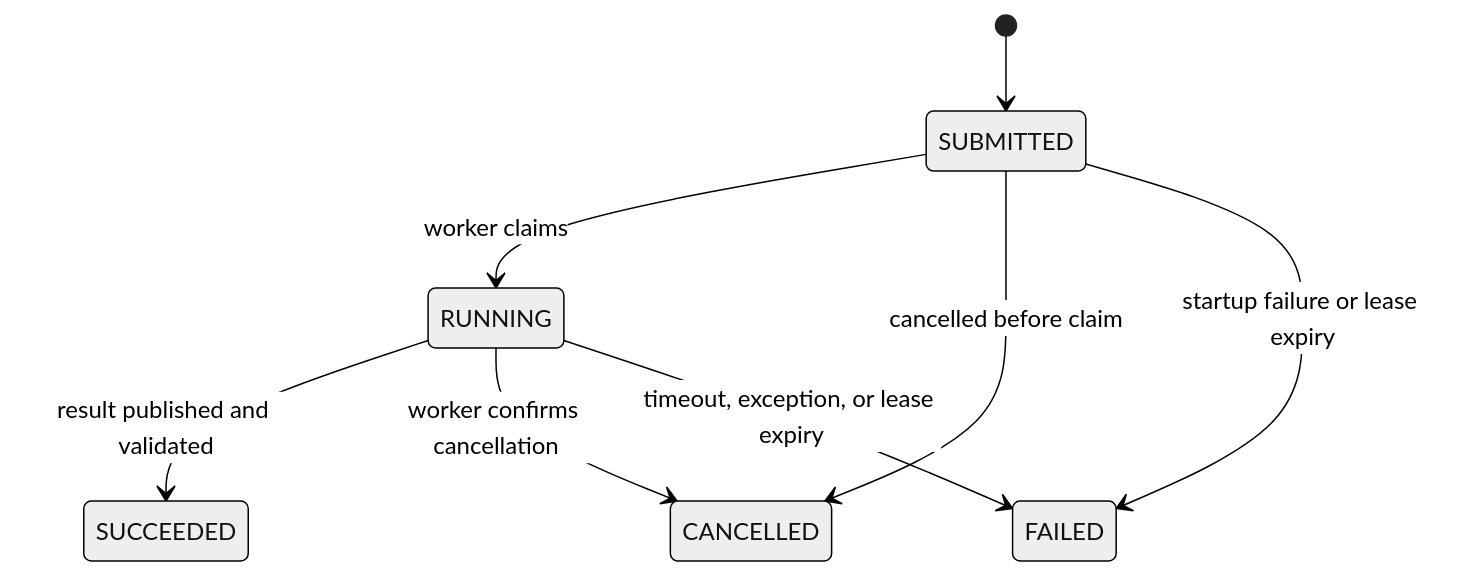
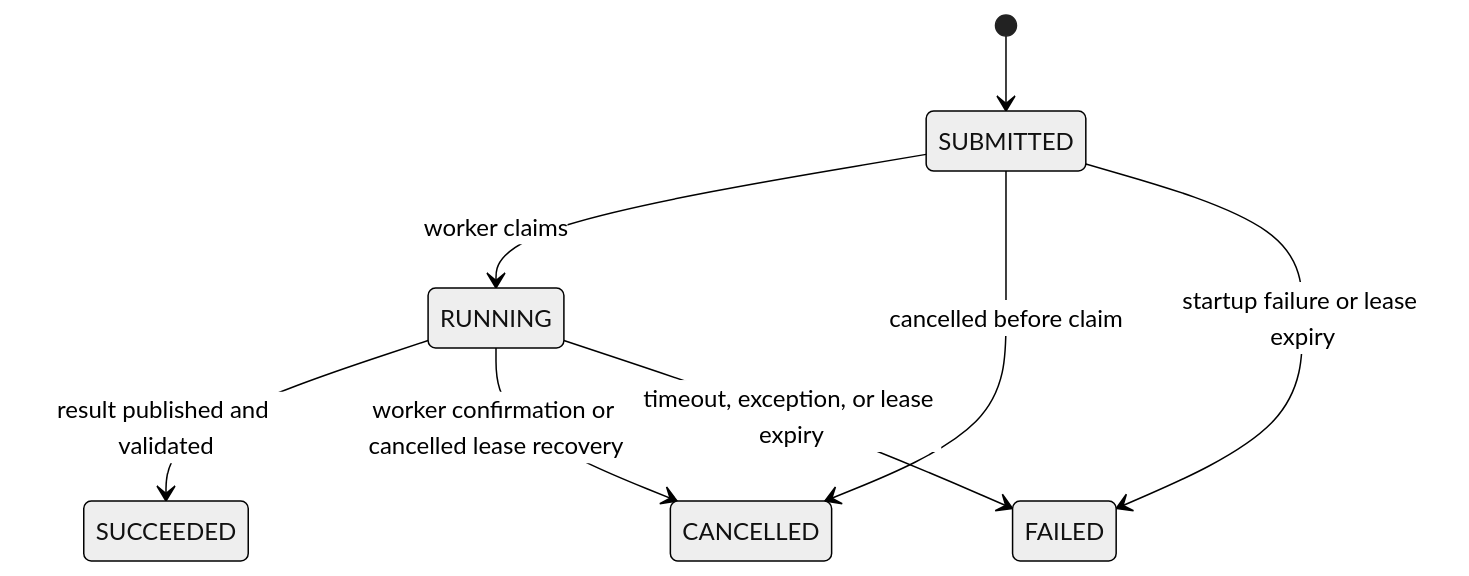
Before and after one commit to runchengxie/quant-backtest-runtime: the diagram in docs/jobs.md, drawn with Mermaid (neutral theme). The commit also changed other lines of this file and 17 other files, not shown here.

````diff
--- a/docs/jobs.md
+++ b/docs/jobs.md
@@ -36,10 +68,10 @@
 ```mermaid
 stateDiagram-v2
     [*] --> SUBMITTED
     SUBMITTED --> RUNNING: worker claims
     SUBMITTED --> CANCELLED: cancelled before claim
     SUBMITTED --> FAILED: startup failure or lease expiry
     RUNNING --> SUCCEEDED: result published and validated
-    RUNNING --> CANCELLED: worker confirms cancellation
+    RUNNING --> CANCELLED: worker confirmation or cancelled lease recovery
     RUNNING --> FAILED: timeout, exception, or lease expiry
 ```
````
